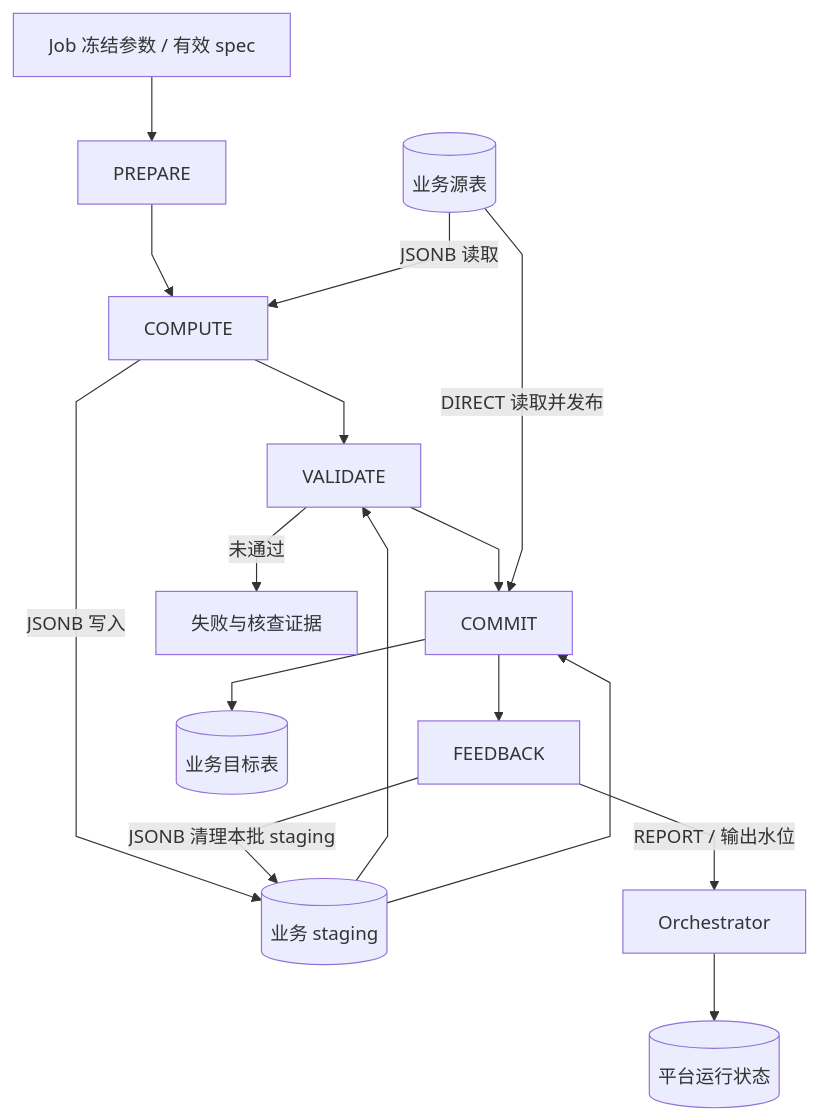
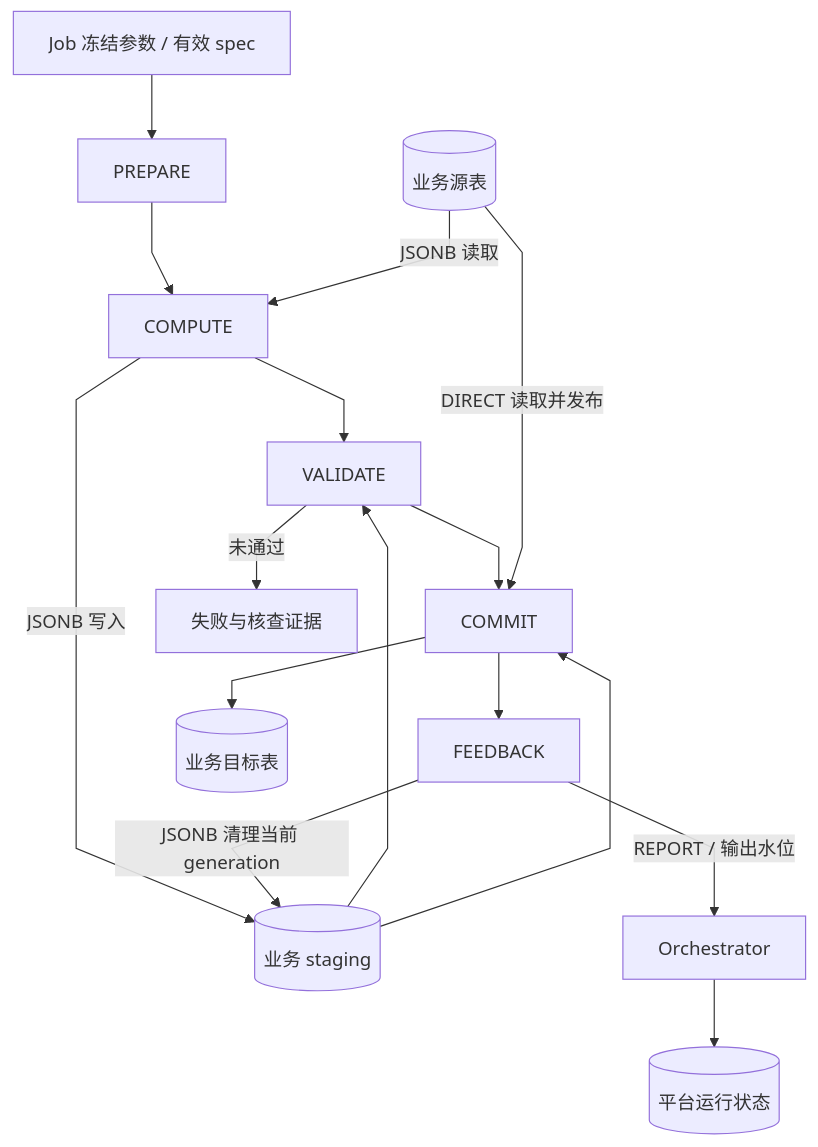
Before and after one commit to pinpols/file-batch-system: diagram 25 of 25 in docs/architecture/system-flow-overview.md, drawn with Mermaid. The commit also changed other lines of this file and 314 other files, not shown here.

````diff
--- a/docs/architecture/system-flow-overview.md
+++ b/docs/architecture/system-flow-overview.md
@@ -826,16 +826,16 @@
 ```mermaid
 %%{init: {"flowchart":{"curve":"linear","nodeSpacing":32,"rankSpacing":48},"sequence":{"mirrorActors":false}}}%%
 flowchart TB
   CFG["Job 冻结参数 / 有效 spec"] --> A["PREPARE"]
   A --> B["COMPUTE"] --> C["VALIDATE"] --> D["COMMIT"] --> E["FEEDBACK"]
   SRC[("业务源表")] -->|"JSONB 读取"| B
   B -->|"JSONB 写入"| ST[("业务 staging")]
   ST --> C
   ST --> D
   SRC -->|"DIRECT 读取并发布"| D
   D --> TGT[("业务目标表")]
   C -->|"未通过"| F["失败与核查证据"]
   E -->|"REPORT / 输出水位"| O["Orchestrator"]
   O --> STATE[("平台运行状态")]
-  E -->|"JSONB 清理本批 staging"| ST
+  E -->|"JSONB 清理当前 generation"| ST
 ```
````
